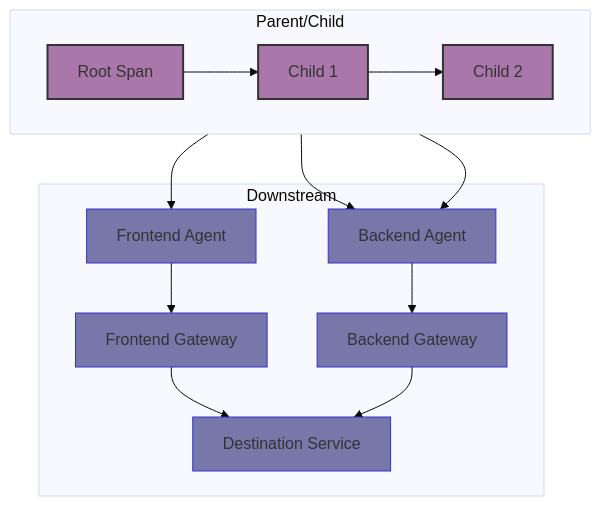
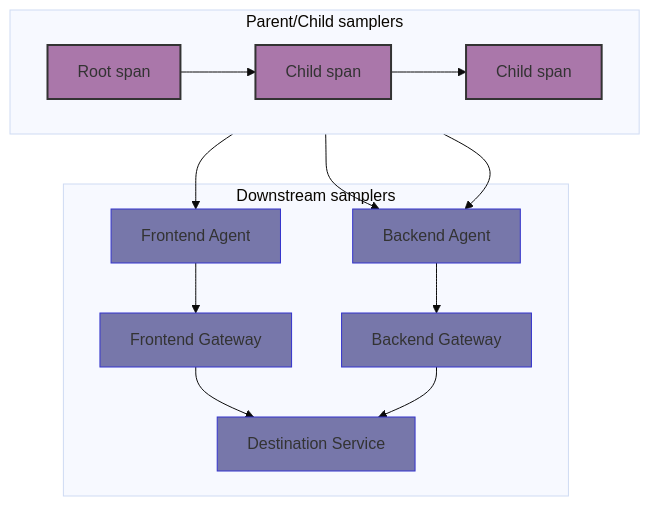
The diagram in specification/trace/tracestate-probability-sampling.md (open-telemetry/opentelemetry-specification), drawn with Mermaid (base theme) before and after one commit.

Commit message:
mermaid9

````diff
--- a/specification/trace/tracestate-probability-sampling.md
+++ b/specification/trace/tracestate-probability-sampling.md
@@ -148,26 +148,26 @@
 ```mermaid
 graph TD
-    subgraph "Parent/Child"
+    subgraph "Parent/Child samplers"
         direction LR
-        Root["Root Span"] --> Child1["Child 1"]
-        Child1 --> Child2["Child 2"]
+        Root["Root span"] --> Child1["Child span"]
+        Child1 --> Child2["Child span"]
     end
     
-    subgraph "Downstream"
+    subgraph "Downstream samplers"
 		Root --> LC1["Frontend Agent"]
 		LC1 --> LC2["Frontend Gateway"]
     
 		Child1 --> RC1["Backend Agent"]
 		Child2 --> RC1
 	    RC1 --> RC2["Backend Gateway"]
     
 	    LC2 --> FC["Destination Service"]
 	    RC2 --> FC
 	end
     
     classDef span fill:#a7a,stroke:#333,stroke-width:2px;
     classDef collector fill:#77a,stroke:#33c,stroke-width:1px;
     
     class Root,Child1,Child2 span;
     class LC1,LC2,RC1,RC2,FC collector;
 ```
````
